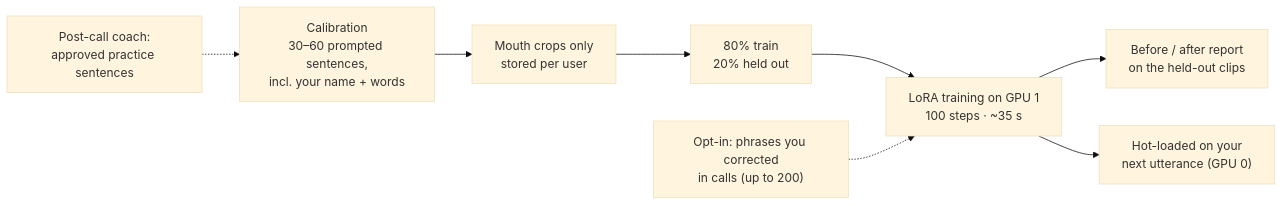
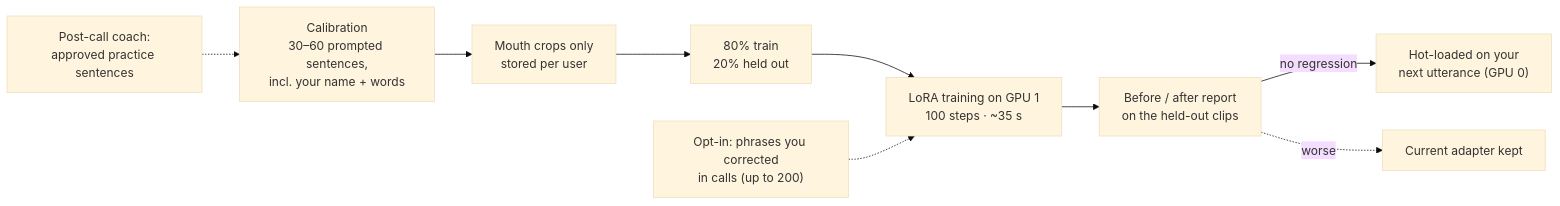
One commit to rahulb0802/silent-calls changed the second of 3 diagrams in README.md. Above: the diagram before and after it, drawn with Mermaid (base theme). The commit also changed other lines of this file, not shown here.

````diff
--- a/README.md
+++ b/README.md
@@ -96,10 +98,11 @@
 ```mermaid
 flowchart LR
     CAL["Calibration<br/>30–60 prompted sentences,<br/>incl. your name + words"] --> STORE["Mouth crops only<br/>stored per user"]
     STORE --> SPLIT["80% train<br/>20% held out"]
     SPLIT --> TRAIN["LoRA training on GPU 1<br/>100 steps · ~35 s"]
     TRAIN --> REPORT["Before / after report<br/>on the held-out clips"]
-    TRAIN --> HOT["Hot-loaded on your<br/>next utterance (GPU 0)"]
+    REPORT -- "no regression" --> HOT["Hot-loaded on your<br/>next utterance (GPU 0)"]
+    REPORT -. "worse" .-> KEEP["Current adapter kept"]
     COACH["Post-call coach:<br/>approved practice sentences"] -.-> CAL
     CORR["Opt-in: phrases you corrected<br/>in calls (up to 200)"] -.-> TRAIN
 ```
````
